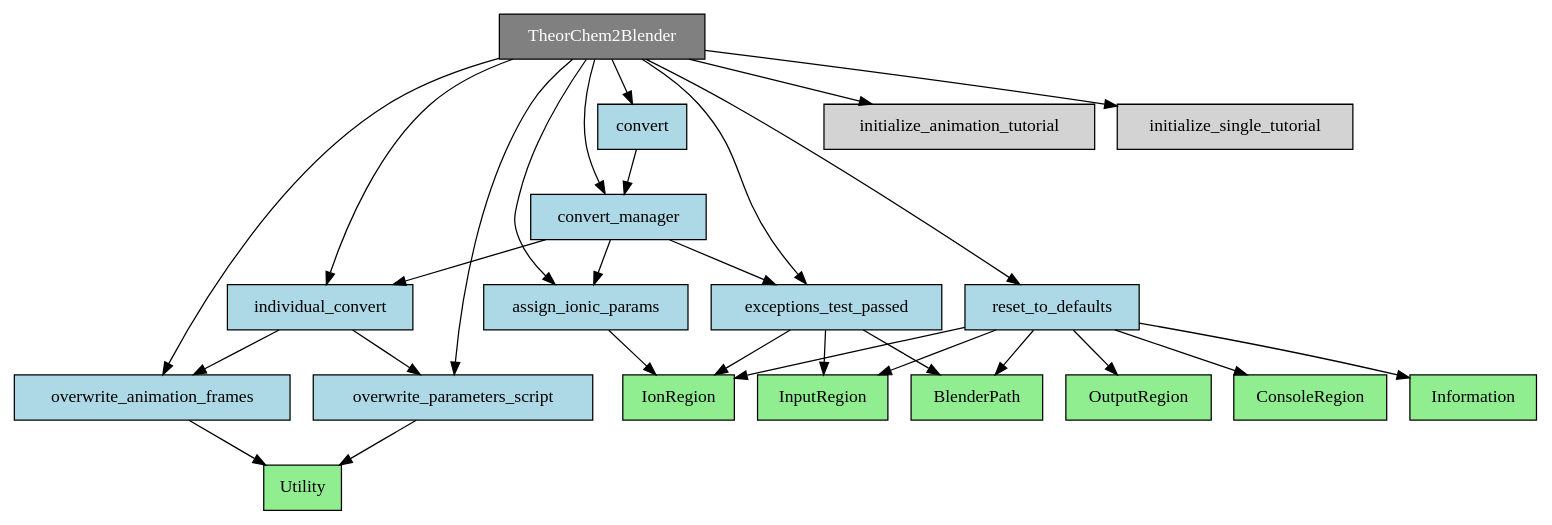
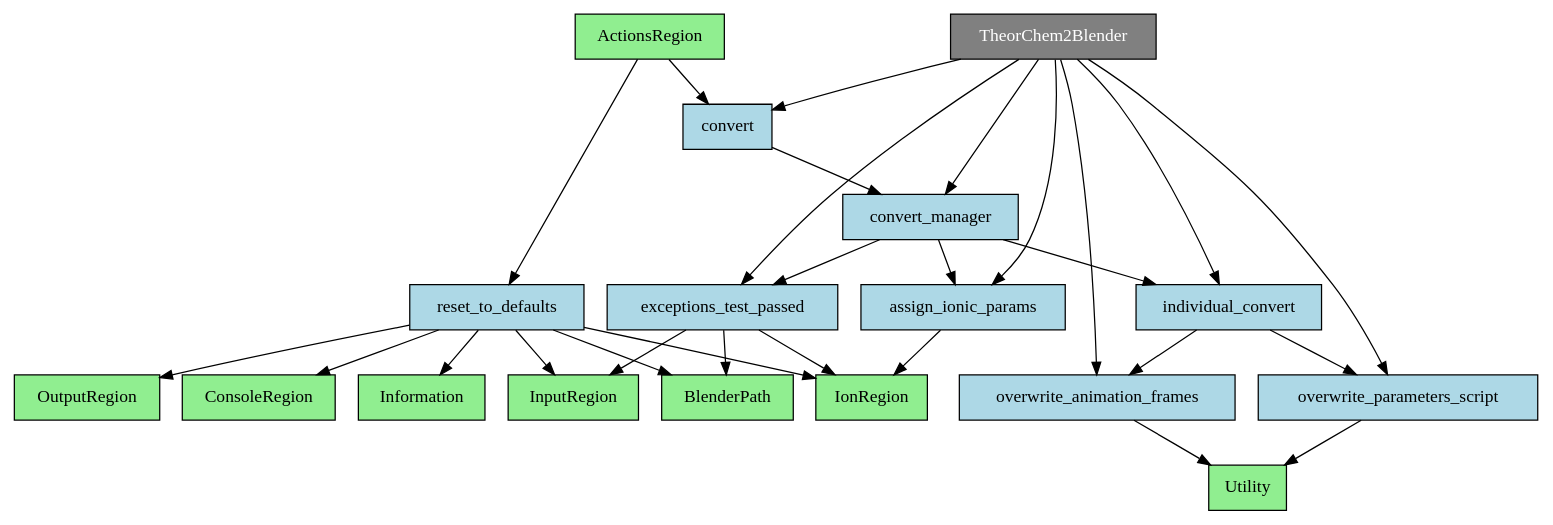
The second of 2 diagrams in docs/components.rst (eecheve/Gaussian-2-Blender), drawn with Graphviz before and after one commit.

Commit message:
Update components.rst
components.rst updated again.

```diff
--- a/docs/components.rst
+++ b/docs/components.rst
@@ -85,60 +85,60 @@
 .. graphviz::
 
    digraph TheorChem2Blender {
       node [shape=box, style=filled];
 
       TheorChem2Blender [fillcolor=gray, fontcolor=white, color=black, style=filled, shape=box];
 
       assign_ionic_params [fillcolor=lightblue];
       convert [fillcolor=lightblue];
       convert_manager [fillcolor=lightblue];
       exceptions_test_passed [fillcolor=lightblue];
       individual_convert [fillcolor=lightblue];
       overwrite_animation_frames [fillcolor=lightblue];
       overwrite_parameters_script [fillcolor=lightblue];
       reset_to_defaults [fillcolor=lightblue];
 
       IonRegion [fillcolor=lightgreen];
       Utility [fillcolor=lightgreen];
+      ActionsRegion [fillcolor=lightgreen];
       BlenderPath [fillcolor=lightgreen];
       OutputRegion [fillcolor=lightgreen];
       InputRegion [fillcolor=lightgreen];
       ConsoleRegion [fillcolor=lightgreen];
       Information [fillcolor=lightgreen];
 
       TheorChem2Blender -> assign_ionic_params;
       TheorChem2Blender -> convert;
       TheorChem2Blender -> convert_manager;
       TheorChem2Blender -> exceptions_test_passed;
       TheorChem2Blender -> individual_convert;
-      TheorChem2Blender -> initialize_animation_tutorial;
-      TheorChem2Blender -> initialize_single_tutorial;
       TheorChem2Blender -> overwrite_animation_frames;
       TheorChem2Blender -> overwrite_parameters_script;
-      TheorChem2Blender -> reset_to_defaults;
 
       assign_ionic_params -> IonRegion;
 
+      ActionsRegion -> convert;
+      ActionsRegion -> reset_to_defaults;
       convert -> convert_manager;
 
       convert_manager -> exceptions_test_passed;
       convert_manager -> assign_ionic_params;
       convert_manager -> individual_convert;
 
       exceptions_test_passed -> BlenderPath;
       exceptions_test_passed -> InputRegion;
       exceptions_test_passed -> IonRegion;
 
       individual_convert -> overwrite_animation_frames;
       individual_convert -> overwrite_parameters_script;
 
       overwrite_animation_frames -> Utility;
       overwrite_parameters_script -> Utility;
 
       reset_to_defaults -> BlenderPath;
       reset_to_defaults -> OutputRegion;
       reset_to_defaults -> InputRegion;
       reset_to_defaults -> IonRegion;
       reset_to_defaults -> ConsoleRegion;
       reset_to_defaults -> Information;
    }
```
